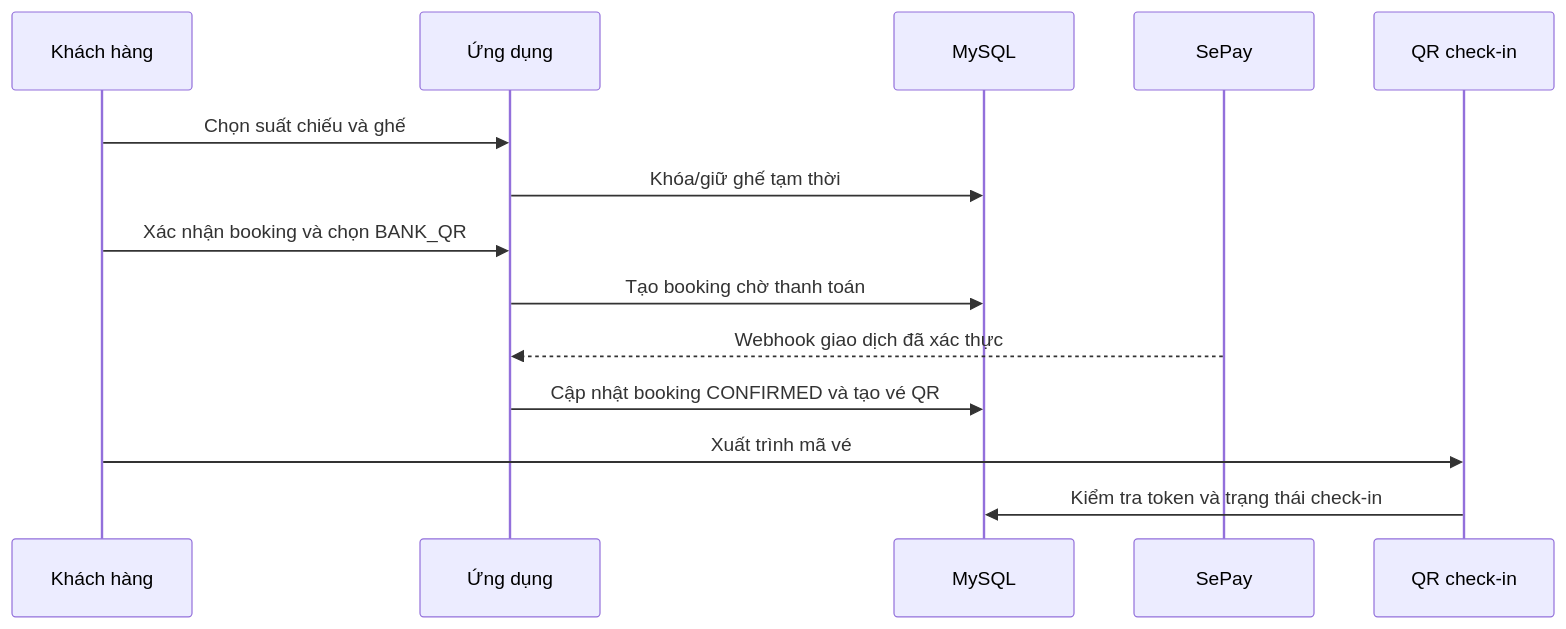
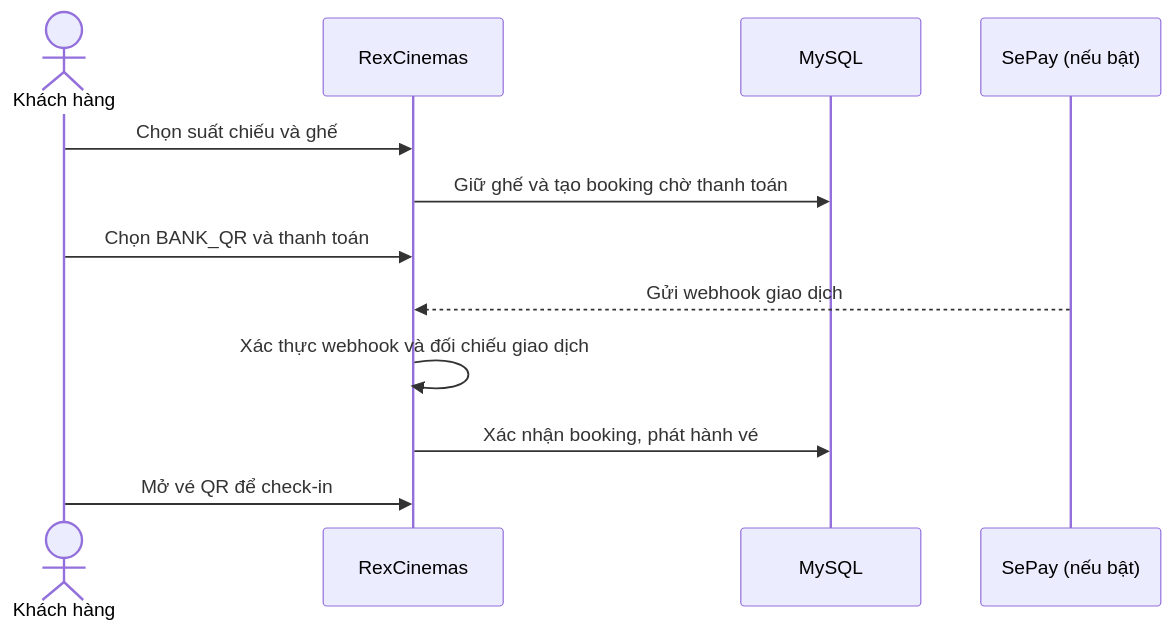
One commit to QuytChin/RexCinemas changed the second of 2 diagrams in README.md. Above: the diagram before and after it, drawn with Mermaid. The commit also changed other lines of this file, not shown here.

```diff
--- a/README.md
+++ b/README.md
@@ -77,17 +49,14 @@
 ~~~mermaid
 sequenceDiagram
-    participant K as Khách hàng
-    participant A as Ứng dụng
+    actor Customer as Khách hàng
+    participant App as RexCinemas
     participant DB as MySQL
-    participant P as SePay
-    participant Q as QR check-in
-
-    K->>A: Chọn suất chiếu và ghế
-    A->>DB: Khóa/giữ ghế tạm thời
-    K->>A: Xác nhận booking và chọn BANK_QR
-    A->>DB: Tạo booking chờ thanh toán
-    P-->>A: Webhook giao dịch đã xác thực
-    A->>DB: Cập nhật booking CONFIRMED và tạo vé QR
-    K->>Q: Xuất trình mã vé
-    Q->>DB: Kiểm tra token và trạng thái check-in
+    participant Pay as SePay (nếu bật)
+    Customer->>App: Chọn suất chiếu và ghế
+    App->>DB: Giữ ghế và tạo booking chờ thanh toán
+    Customer->>App: Chọn BANK_QR và thanh toán
+    Pay-->>App: Gửi webhook giao dịch
+    App->>App: Xác thực webhook và đối chiếu giao dịch
+    App->>DB: Xác nhận booking, phát hành vé
+    Customer->>App: Mở vé QR để check-in
 ~~~
```
